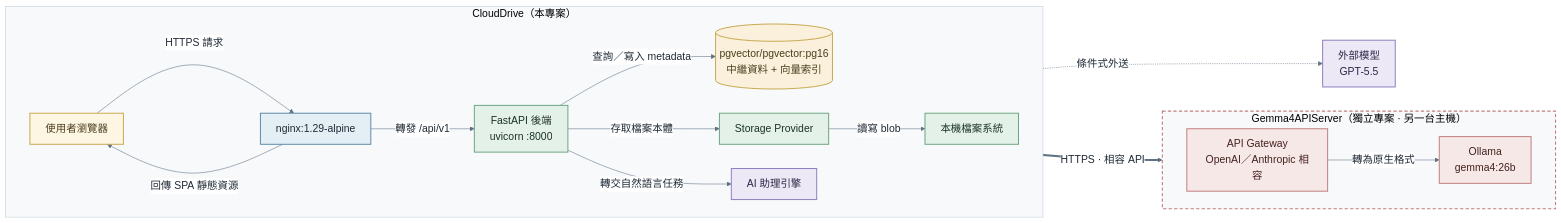
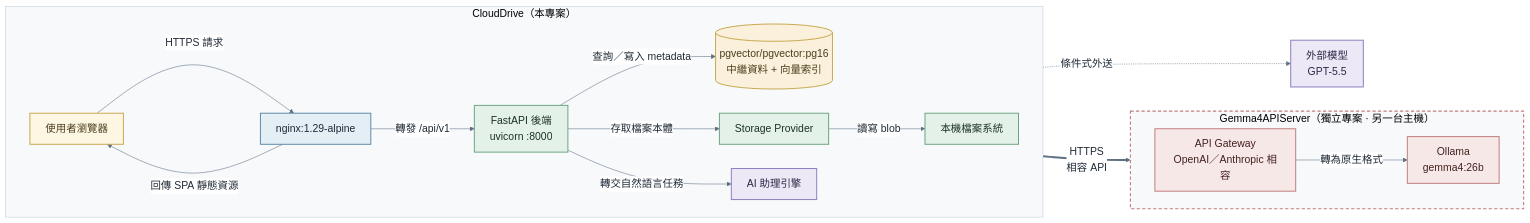
The diagram in doc/ppt/src/04-arch.mmd (billwu101/CloudDrive), drawn with Mermaid before and after one commit. The commit also changed 5 other files, not shown here.

```diff
--- a/doc/ppt/src/04-arch.mmd
+++ b/doc/ppt/src/04-arch.mmd
@@ -1,33 +1,33 @@
 %%{init: {'theme':'base','themeVariables':{'fontFamily':'PingFang TC, Avenir Next, Helvetica Neue, Arial, sans-serif','fontSize':'19px','primaryColor':'#eef1f5','primaryBorderColor':'#8b98a8','primaryTextColor':'#1f2a36','lineColor':'#5e7183','edgeLabelBackground':'#ffffff','clusterBkg':'#f7f9fb','clusterBorder':'#c2ccd8'},'flowchart':{'curve':'basis','nodeSpacing':44,'rankSpacing':64,'padding':14}}}%%
 graph LR
   subgraph CD["CloudDrive（本專案）"]
     direction LR
     U["使用者瀏覽器"] -->|"HTTPS 請求"| NX["nginx:1.29-alpine"]
     NX -->|"回傳 SPA 靜態資源"| U
     NX -->|"轉發 /api/v1"| BE["FastAPI 後端<br/>uvicorn :8000"]
     BE -->|"查詢／寫入 metadata"| PG[("pgvector/pgvector:pg16<br/>中繼資料 + 向量索引")]
     BE -->|"存取檔案本體"| SP2["Storage Provider"]
     SP2 -->|"讀寫 blob"| FS["本機檔案系統"]
     BE -->|"轉交自然語言任務"| AS["AI 助理引擎"]
   end
   subgraph EXT["Gemma4APIServer（獨立專案 · 另一台主機）"]
     direction LR
     GW["API Gateway<br/>OpenAI／Anthropic 相容"] -->|"轉為原生格式"| OL["Ollama<br/>gemma4:26b"]
   end
-  AS ==>|"HTTPS · 相容 API"| GW
+  AS ==>|"HTTPS<br/>相容 API"| GW
   AS -.->|"條件式外送"| EXM["外部模型<br/>GPT-5.5"]
   classDef user fill:#fdf6e3,stroke:#c9a94e,stroke-width:1.8px,color:#4a3f1d
   classDef front fill:#e3eef5,stroke:#5e8ba6,stroke-width:1.8px,color:#1f2a36
   classDef back fill:#e4f1e8,stroke:#6da583,stroke-width:1.8px,color:#1c3225
   classDef db fill:#faf0dc,stroke:#c9a94e,stroke-width:1.8px,color:#4a3f1d
   classDef vol fill:#f0f2f5,stroke:#98a3b0,stroke-width:1.4px,color:#3a4450
   classDef ai fill:#ece8f5,stroke:#8f7fc0,stroke-width:1.8px,color:#2e2547
   classDef edge fill:#f7e8e8,stroke:#c07f7f,stroke-width:1.8px,color:#43221f
   class U user
   class NX front
   class BE,SP2,FS back
   class PG db
   class AS ai
   class GW,OL edge
   class EXM ai
   style EXT stroke-dasharray: 6 4,stroke:#c07f7f,stroke-width:2px
```
